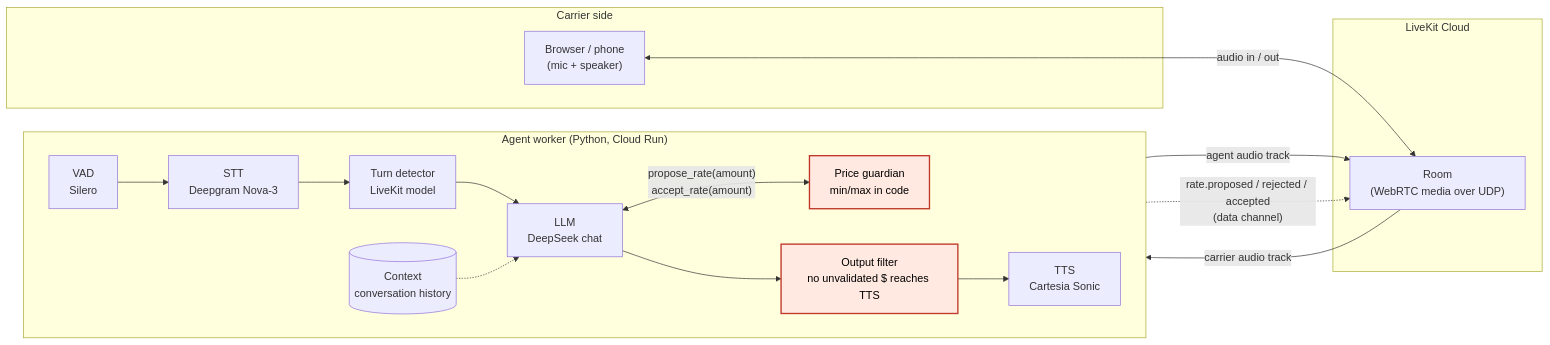
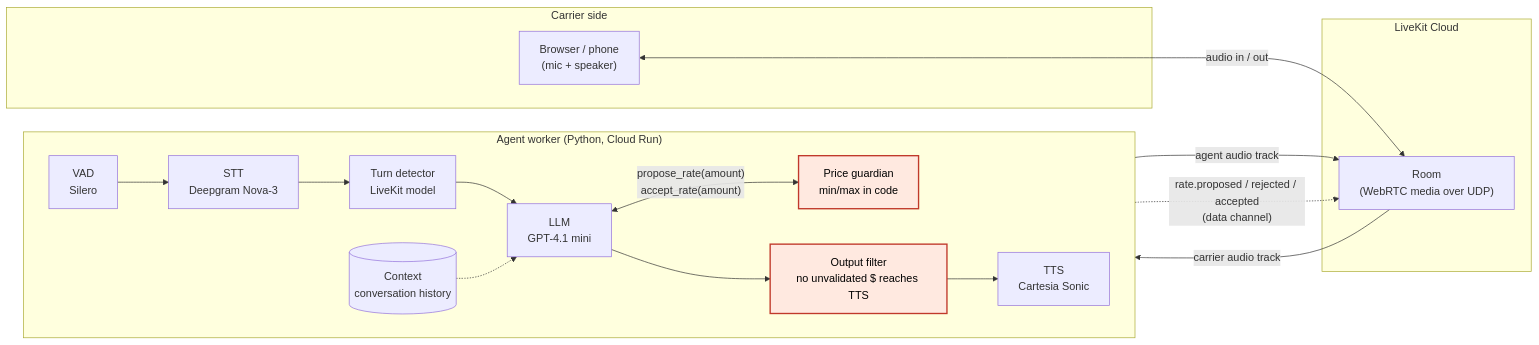
The diagram in docs/diagrams/01-system-architecture.mmd (JSebastianIEU/voice-freight-negotiator), drawn with Mermaid before and after one commit. The commit also changed 7 other files, not shown here.

First line of the commit message:
docs: revise ADR-003 with measured numbers, update diagrams

```diff
--- a/docs/diagrams/01-system-architecture.mmd
+++ b/docs/diagrams/01-system-architecture.mmd
@@ -1,28 +1,28 @@
 %% System architecture: who talks to whom, and what runs inside the agent process.
 flowchart LR
     subgraph client["Carrier side"]
         B["Browser / phone<br/>(mic + speaker)"]
     end
 
     subgraph lk["LiveKit Cloud"]
         R["Room<br/>(WebRTC media over UDP)"]
     end
 
     subgraph worker["Agent worker (Python, Cloud Run)"]
         direction LR
         VAD["VAD<br/>Silero"] --> STT["STT<br/>Deepgram Nova-3"]
         STT --> TD["Turn detector<br/>LiveKit model"]
-        TD --> LLM["LLM<br/>DeepSeek chat"]
+        TD --> LLM["LLM<br/>GPT-4.1 mini"]
         LLM <-->|"propose_rate(amount)<br/>accept_rate(amount)"| PG["Price guardian<br/>min/max in code"]
         LLM --> OF["Output filter<br/>no unvalidated $ reaches TTS"]
         OF --> TTS["TTS<br/>Cartesia Sonic"]
         CTX[("Context<br/>conversation history")] -.-> LLM
     end
 
     B <-->|"audio in / out"| R
     R -->|"carrier audio track"| VAD
     TTS -->|"agent audio track"| R
     PG -.->|"rate.proposed / rejected / accepted<br/>(data channel)"| R
 
     classDef guard fill:#ffe9e0,stroke:#c0392b,stroke-width:2px,color:#000;
     class PG,OF guard;
```
